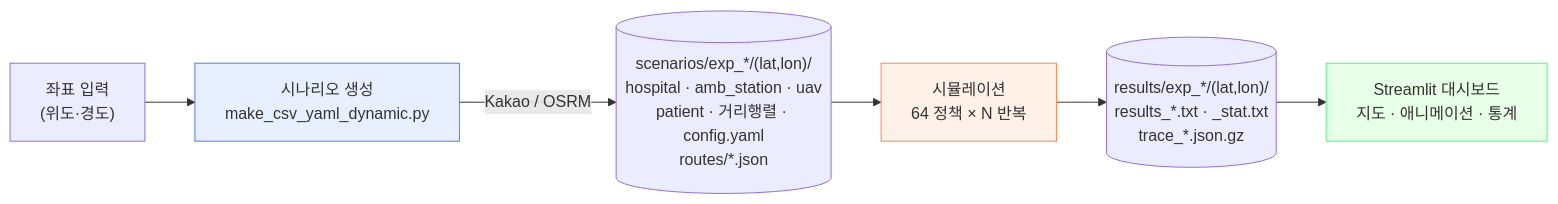
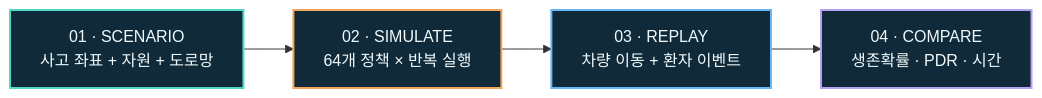
One commit to bbcc1017/MCI_ADV changed the diagram in README.md. Above: the diagram before and after it, drawn with Mermaid. The commit also changed other lines of this file and 2 other files, not shown here.

````diff
--- a/README.md
+++ b/README.md
@@ -98,12 +142,16 @@
 ```mermaid
 flowchart LR
-    A["좌표 입력<br/>(위도·경도)"] --> B["시나리오 생성<br/>make_csv_yaml_dynamic.py"]
-    B -->|"Kakao / OSRM"| C[("scenarios/exp_*/(lat,lon)/<br/>hospital · amb_station · uav<br/>patient · 거리행렬 · config.yaml<br/>routes/*.json")]
-    C --> D["시뮬레이션<br/>64 정책 × N 반복"]
-    D --> E[("results/exp_*/(lat,lon)/<br/>results_*.txt · _stat.txt<br/>trace_*.json.gz")]
-    E --> F["Streamlit 대시보드<br/>지도 · 애니메이션 · 통계"]
-
-    style B fill:#e8f0ff,stroke:#4a7dff
-    style D fill:#fff0e8,stroke:#ff8a4a
-    style F fill:#e8ffe8,stroke:#4aff7d
+    A["01 · SCENARIO<br/>사고 좌표 + 자원 + 도로망"]
+    B["02 · SIMULATE<br/>64개 정책 × 반복 실행"]
+    C["03 · REPLAY<br/>차량 이동 + 환자 이벤트"]
+    D["04 · COMPARE<br/>생존확률 · PDR · 시간"]
+    A --> B --> C --> D
+    classDef scenario fill:#102A3A,stroke:#52D6C7,color:#F0FAFC,stroke-width:2px
+    classDef simulate fill:#102A3A,stroke:#F2A65A,color:#F0FAFC,stroke-width:2px
+    classDef replay fill:#102A3A,stroke:#67B7F7,color:#F0FAFC,stroke-width:2px
+    classDef compare fill:#102A3A,stroke:#B6A1F2,color:#F0FAFC,stroke-width:2px
+    class A scenario
+    class B simulate
+    class C replay
+    class D compare
 ```
````
